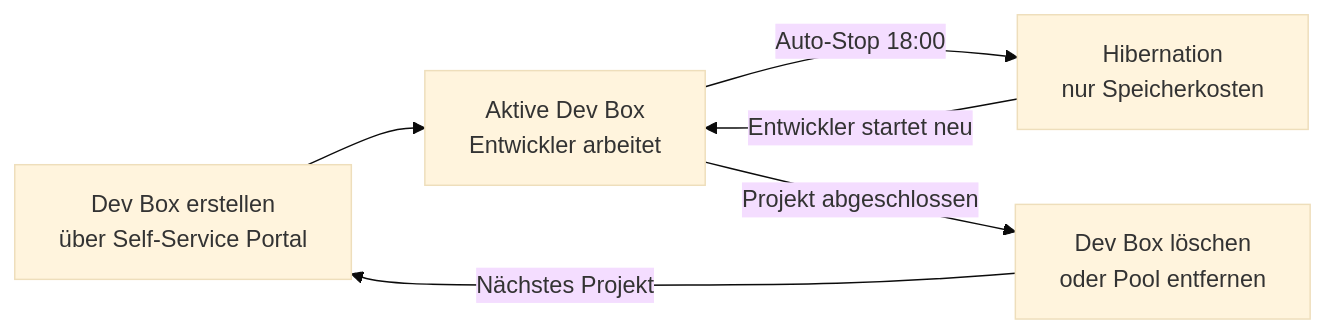
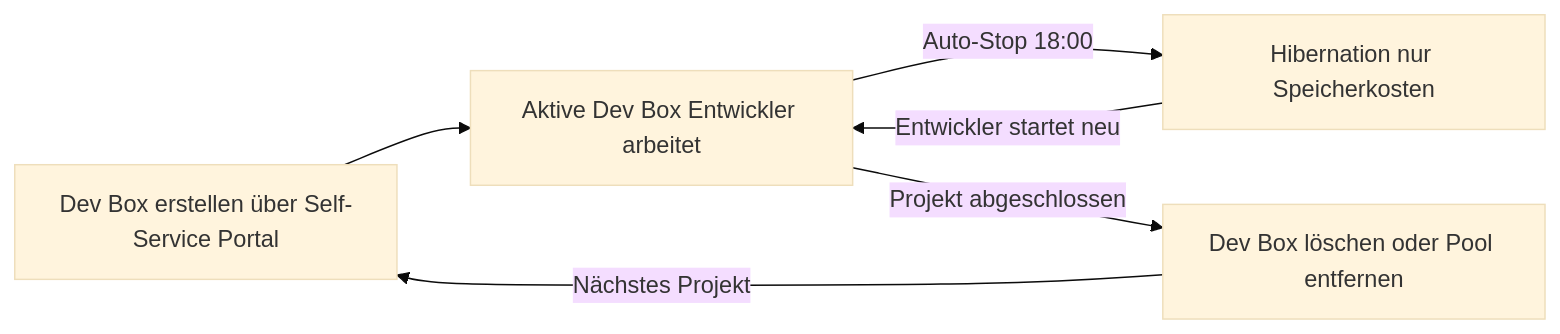
The second of 2 diagrams in Microsoft 365/Intune Suite/Microsoft Dev Box.md (SoniiiT/notes-n-docs), drawn with Mermaid (base theme) before and after one commit. The commit also changed other lines of this file and 124 other files, not shown here.

First line of the commit message:
fix: Entferne \n aus allen Mermaid-Diagrammen (125 Dateien)

````diff
--- a/Microsoft 365/Intune Suite/Microsoft Dev Box.md
+++ b/Microsoft 365/Intune Suite/Microsoft Dev Box.md
@@ -348,8 +348,8 @@
 ```mermaid
 graph LR
-    CREATE[Dev Box erstellen\nüber Self-Service Portal] --> ACTIVE[Aktive Dev Box\nEntwickler arbeitet]
-    ACTIVE -->|Auto-Stop 18:00| HIBERNATE[Hibernation\nnur Speicherkosten]
+    CREATE[Dev Box erstellen über Self-Service Portal] --> ACTIVE[Aktive Dev Box Entwickler arbeitet]
+    ACTIVE -->|Auto-Stop 18:00| HIBERNATE[Hibernation nur Speicherkosten]
     HIBERNATE -->|Entwickler startet neu| ACTIVE
-    ACTIVE -->|Projekt abgeschlossen| DELETE[Dev Box löschen\noder Pool entfernen]
+    ACTIVE -->|Projekt abgeschlossen| DELETE[Dev Box löschen oder Pool entfernen]
     DELETE -->|Nächstes Projekt| CREATE
 ```
````
